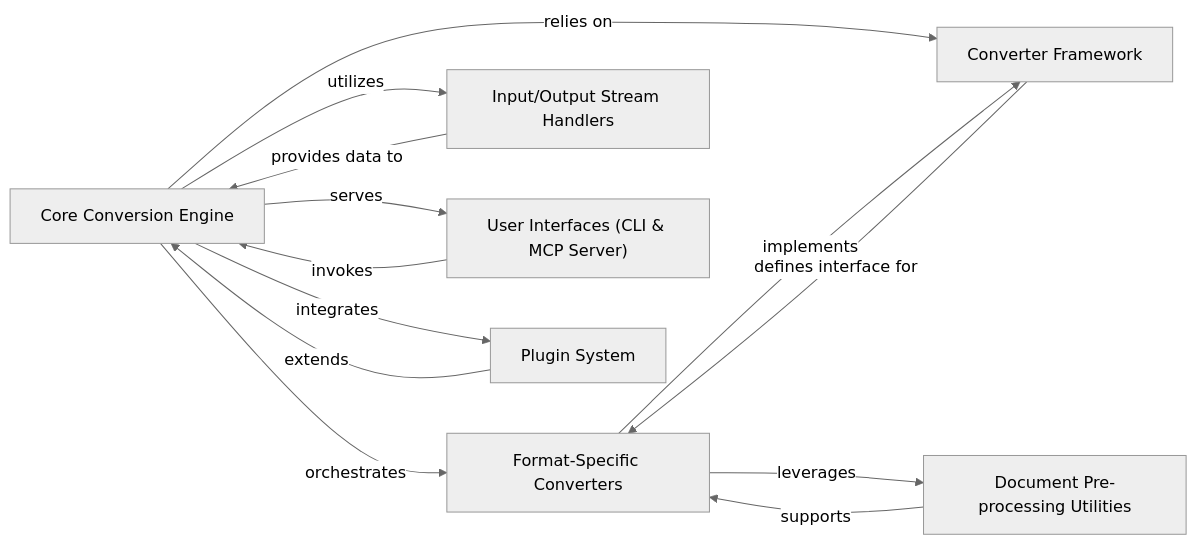
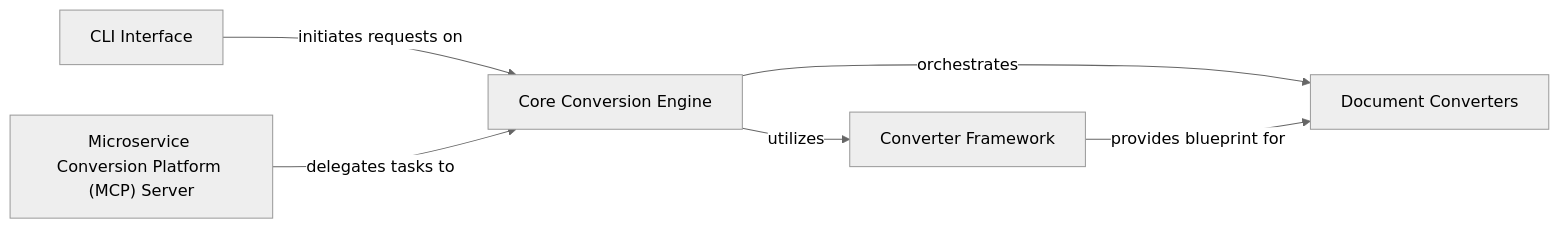
The diagram in markitdown/on_boarding.md (CodeBoarding/GeneratedOnBoardings), drawn with Mermaid (neutral theme) before and after one commit. The commit also changed other lines of this file, not shown here.

````diff
--- a/markitdown/on_boarding.md
+++ b/markitdown/on_boarding.md
@@ -1,22 +1,13 @@
 ```mermaid
 graph LR
     Core_Conversion_Engine["Core Conversion Engine"]
     Converter_Framework["Converter Framework"]
-    Format_Specific_Converters["Format-Specific Converters"]
-    Input_Output_Stream_Handlers["Input/Output Stream Handlers"]
-    User_Interfaces_CLI_MCP_Server_["User Interfaces (CLI & MCP Server)"]
-    Plugin_System["Plugin System"]
-    Document_Pre_processing_Utilities["Document Pre-processing Utilities"]
-    Core_Conversion_Engine -- "orchestrates" --> Format_Specific_Converters
-    Core_Conversion_Engine -- "utilizes" --> Input_Output_Stream_Handlers
-    Core_Conversion_Engine -- "integrates" --> Plugin_System
-    Core_Conversion_Engine -- "serves" --> User_Interfaces_CLI_MCP_Server_
-    Core_Conversion_Engine -- "relies on" --> Converter_Framework
-    Converter_Framework -- "defines interface for" --> Format_Specific_Converters
-    Format_Specific_Converters -- "implements" --> Converter_Framework
-    Format_Specific_Converters -- "leverages" --> Document_Pre_processing_Utilities
-    Input_Output_Stream_Handlers -- "provides data to" --> Core_Conversion_Engine
-    User_Interfaces_CLI_MCP_Server_ -- "invokes" --> Core_Conversion_Engine
-    Plugin_System -- "extends" --> Core_Conversion_Engine
-    Document_Pre_processing_Utilities -- "supports" --> Format_Specific_Converters
+    Document_Converters["Document Converters"]
+    CLI_Interface["CLI Interface"]
+    Microservice_Conversion_Platform_MCP_Server["Microservice Conversion Platform (MCP) Server"]
+    Core_Conversion_Engine -- "utilizes" --> Converter_Framework
+    Core_Conversion_Engine -- "orchestrates" --> Document_Converters
+    Converter_Framework -- "provides blueprint for" --> Document_Converters
+    CLI_Interface -- "initiates requests on" --> Core_Conversion_Engine
+    Microservice_Conversion_Platform_MCP_Server -- "delegates tasks to" --> Core_Conversion_Engine
 ```
````
